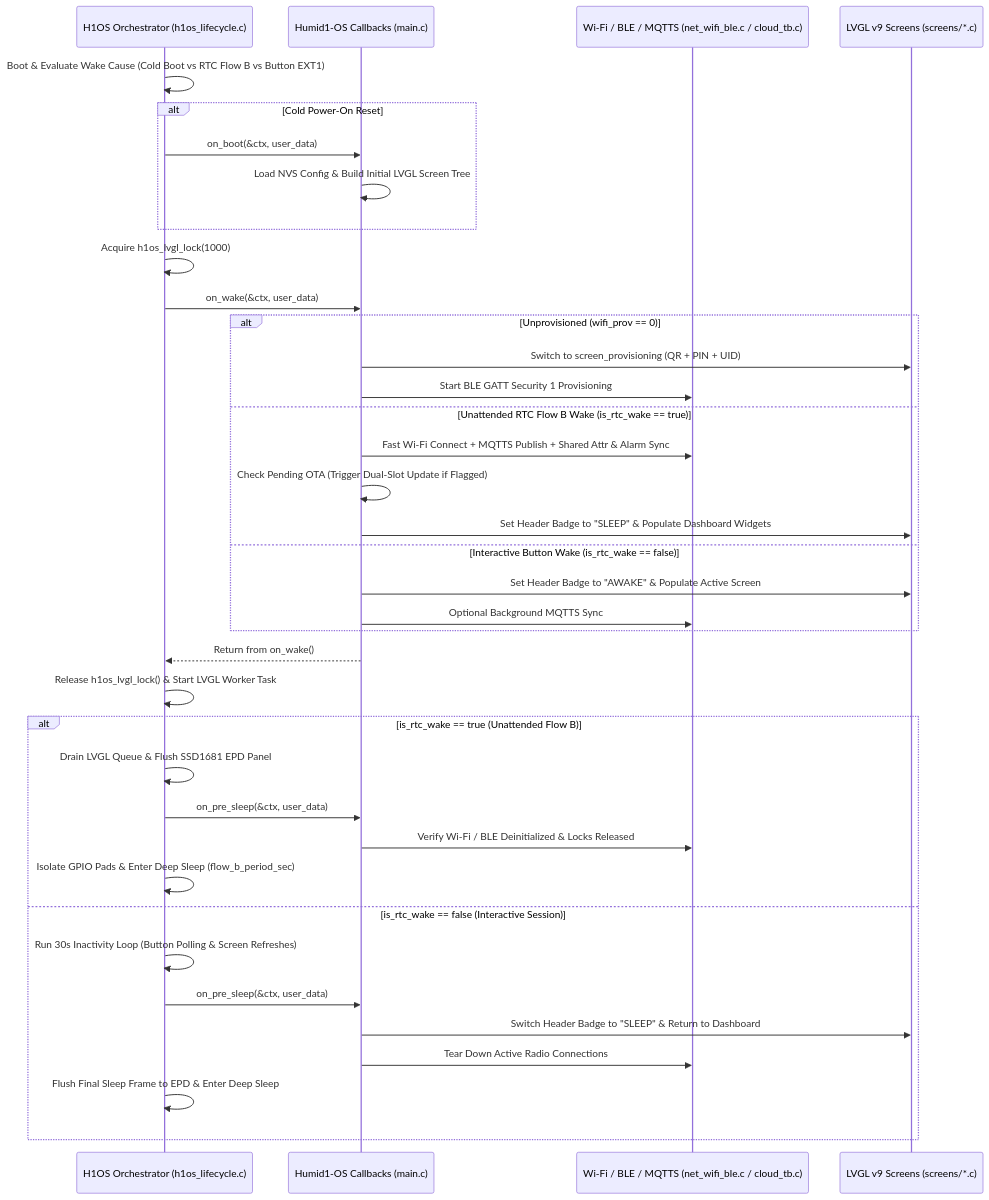
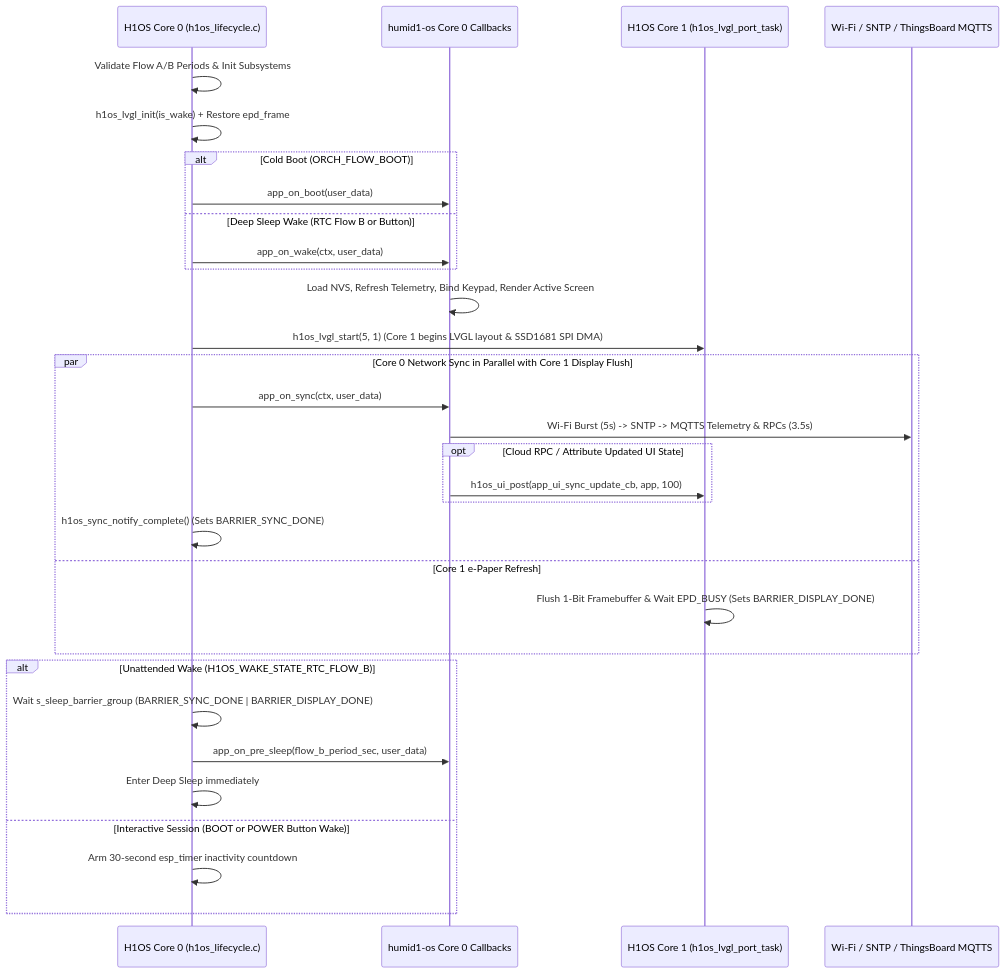
The diagram in docs/architecture/APP_01_system_architecture.md (Humidyne-Labs/humid1-os), drawn with Mermaid before and after one commit. The commit also changed other lines of this file and 41 other files, not shown here.

````diff
--- a/docs/architecture/APP_01_system_architecture.md
+++ b/docs/architecture/APP_01_system_architecture.md
@@ -62,40 +24,34 @@
 ```mermaid
 sequenceDiagram
-    participant H1OS as H1OS Orchestrator (h1os_lifecycle.c)
-    participant App as Humid1-OS Callbacks (main.c)
-    participant Net as Wi-Fi / BLE / MQTTS (net_wifi_ble.c / cloud_tb.c)
-    participant UI as LVGL v9 Screens (screens/*.c)
+    participant H1OS as H1OS Core 0 (h1os_lifecycle.c)
+    participant App0 as humid1-os Core 0 Callbacks
+    participant Core1 as H1OS Core 1 (h1os_lvgl_port_task)
+    participant Cloud as Wi-Fi / SNTP / ThingsBoard MQTTS
 
-    H1OS->>H1OS: Boot & Evaluate Wake Cause (Cold Boot vs RTC Flow B vs Button EXT1)
-    alt Cold Power-On Reset
-        H1OS->>App: on_boot(&ctx, user_data)
-        App->>App: Load NVS Config & Build Initial LVGL Screen Tree
+    H1OS->>H1OS: Validate Flow A/B Periods & Init Subsystems
+    H1OS->>H1OS: h1os_lvgl_init(is_wake) + Restore epd_frame
+    alt Cold Boot (ORCH_FLOW_BOOT)
+        H1OS->>App0: app_on_boot(user_data)
+    else Deep Sleep Wake (RTC Flow B or Button)
+        H1OS->>App0: app_on_wake(ctx, user_data)
     end
-    H1OS->>H1OS: Acquire h1os_lvgl_lock(1000)
-    H1OS->>App: on_wake(&ctx, user_data)
-    alt Unprovisioned (wifi_prov == 0)
-        App->>UI: Switch to screen_provisioning (QR + PIN + UID)
-        App->>Net: Start BLE GATT Security 1 Provisioning
-    else Unattended RTC Flow B Wake (is_rtc_wake == true)
-        App->>Net: Fast Wi-Fi Connect + MQTTS Publish + Shared Attr & Alarm Sync
-        App->>App: Check Pending OTA (Trigger Dual-Slot Update if Flagged)
-        App->>UI: Set Header Badge to "SLEEP" & Populate Dashboard Widgets
-    else Interactive Button Wake (is_rtc_wake == false)
-        App->>UI: Set Header Badge to "AWAKE" & Populate Active Screen
-        App->>Net: Optional Background MQTTS Sync
+    App0->>App0: Load NVS, Refresh Telemetry, Bind Keypad, Render Active Screen
+    H1OS->>Core1: h1os_lvgl_start(5, 1) (Core 1 begins LVGL layout & SSD1681 SPI DMA)
+    par Core 0 Network Sync in Parallel with Core 1 Display Flush
+        H1OS->>App0: app_on_sync(ctx, user_data)
+        App0->>Cloud: Wi-Fi Burst (5s) -> SNTP -> MQTTS Telemetry & RPCs (3.5s)
+        opt Cloud RPC / Attribute Updated UI State
+            App0->>Core1: h1os_ui_post(app_ui_sync_update_cb, app, 100)
+        end
+        H1OS->>H1OS: h1os_sync_notify_complete() (Sets BARRIER_SYNC_DONE)
+    and Core 1 e-Paper Refresh
+        Core1->>Core1: Flush 1-Bit Framebuffer & Wait EPD_BUSY (Sets BARRIER_DISPLAY_DONE)
     end
-    App-->>H1OS: Return from on_wake()
-    H1OS->>H1OS: Release h1os_lvgl_lock() & Start LVGL Worker Task
-    alt is_rtc_wake == true (Unattended Flow B)
-        H1OS->>H1OS: Drain LVGL Queue & Flush SSD1681 EPD Panel
-        H1OS->>App: on_pre_sleep(&ctx, user_data)
-        App->>Net: Verify Wi-Fi / BLE Deinitialized & Locks Released
-        H1OS->>H1OS: Isolate GPIO Pads & Enter Deep Sleep (flow_b_period_sec)
-    else is_rtc_wake == false (Interactive Session)
-        H1OS->>H1OS: Run 30s Inactivity Loop (Button Polling & Screen Refreshes)
-        H1OS->>App: on_pre_sleep(&ctx, user_data)
-        App->>UI: Switch Header Badge to "SLEEP" & Return to Dashboard
-        App->>Net: Tear Down Active Radio Connections
-        H1OS->>H1OS: Flush Final Sleep Frame to EPD & Enter Deep Sleep
+    alt Unattended Wake (H1OS_WAKE_STATE_RTC_FLOW_B)
+        H1OS->>H1OS: Wait s_sleep_barrier_group (BARRIER_SYNC_DONE | BARRIER_DISPLAY_DONE)
+        H1OS->>App0: app_on_pre_sleep(flow_b_period_sec, user_data)
+        H1OS->>H1OS: Enter Deep Sleep immediately
+    else Interactive Session (BOOT or POWER Button Wake)
+        H1OS->>H1OS: Arm 30-second esp_timer inactivity countdown
     end
 ```
````
